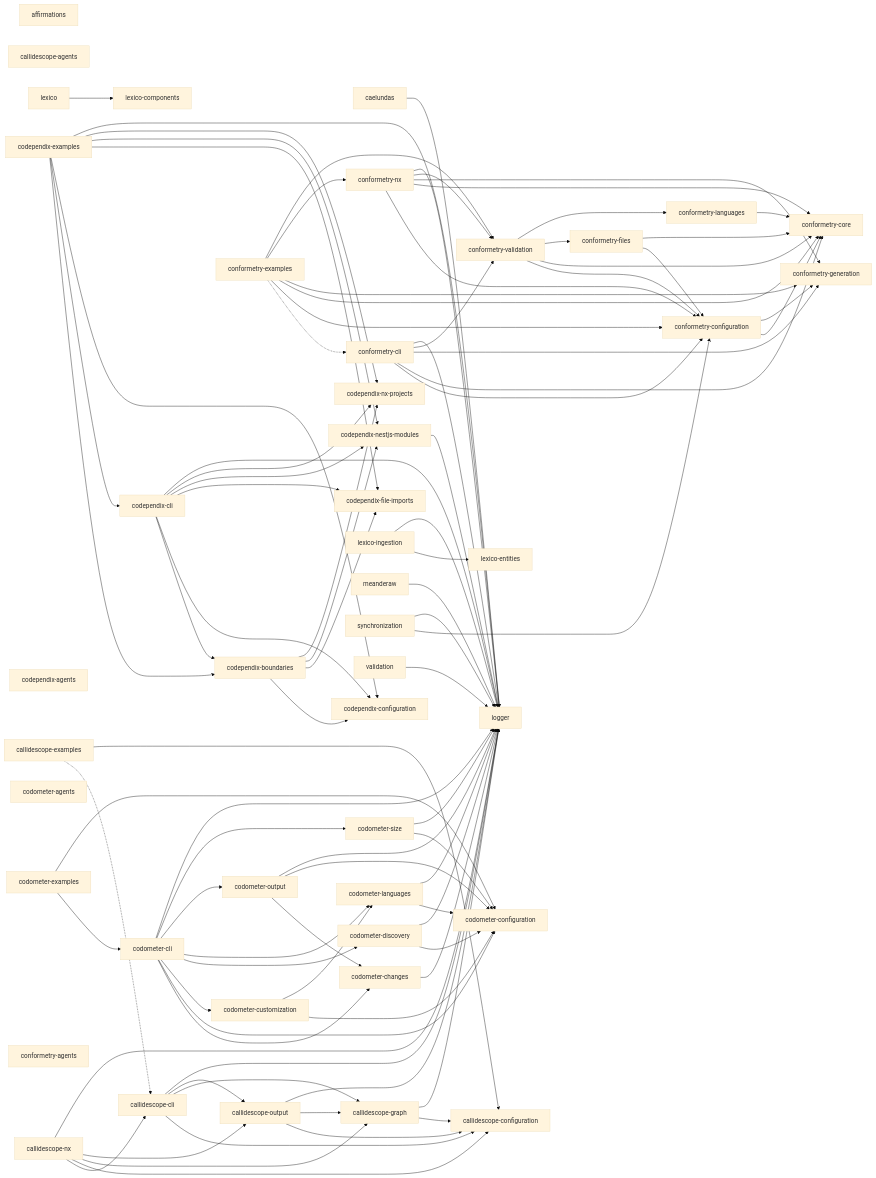
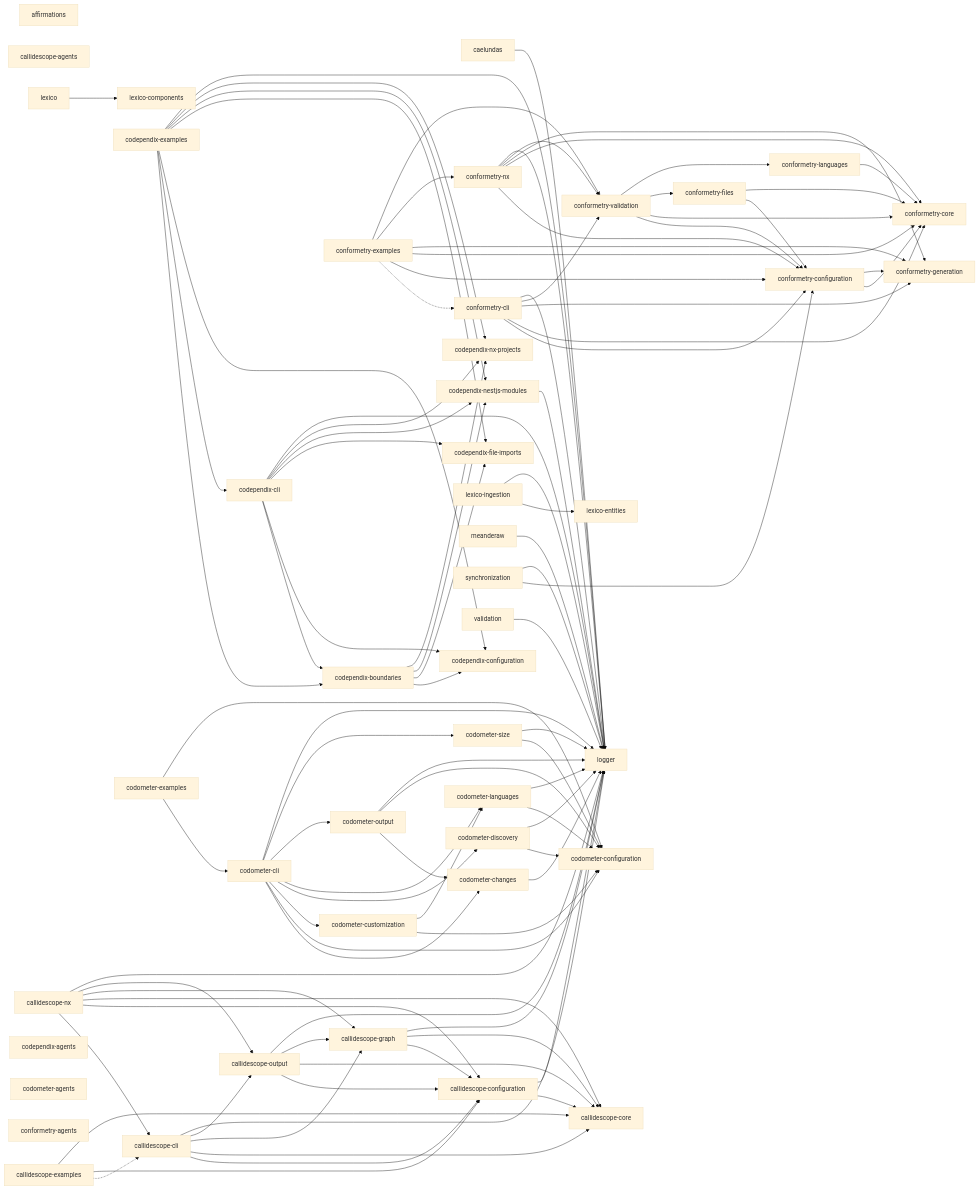
The diagram in README.md (JimmyPaolini/codebase), drawn with Mermaid (base theme) before and after one commit. The commit also changed other lines of this file and 78 other files, not shown here.

Commit message:
refactor(callidescope,configuration): ♻️ move the host's logic modules onto the layers that own them

```diff
--- a/README.md
+++ b/README.md
@@ -192,6 +191,7 @@
   callidescope_agents["callidescope-agents"]
   callidescope_cli["callidescope-cli"]
   callidescope_configuration["callidescope-configuration"]
+  callidescope_core["callidescope-core"]
   callidescope_examples["callidescope-examples"]
   callidescope_graph["callidescope-graph"]
   callidescope_nx["callidescope-nx"]
@@ -234,19 +234,26 @@
   validation["validation"]
   caelundas --> logger
   callidescope_cli --> callidescope_configuration
+  callidescope_cli --> callidescope_core
   callidescope_cli --> callidescope_graph
   callidescope_cli --> callidescope_output
   callidescope_cli --> logger
+  callidescope_configuration --> callidescope_core
+  callidescope_configuration --> logger
   callidescope_examples -.-> callidescope_cli
   callidescope_examples --> callidescope_configuration
+  callidescope_examples --> callidescope_core
   callidescope_graph --> callidescope_configuration
+  callidescope_graph --> callidescope_core
   callidescope_graph --> logger
   callidescope_nx --> callidescope_cli
   callidescope_nx --> callidescope_configuration
+  callidescope_nx --> callidescope_core
   callidescope_nx --> callidescope_graph
   callidescope_nx --> callidescope_output
   callidescope_nx --> logger
   callidescope_output --> callidescope_configuration
+  callidescope_output --> callidescope_core
   callidescope_output --> callidescope_graph
   callidescope_output --> logger
   codependix_boundaries --> codependix_configuration
```
